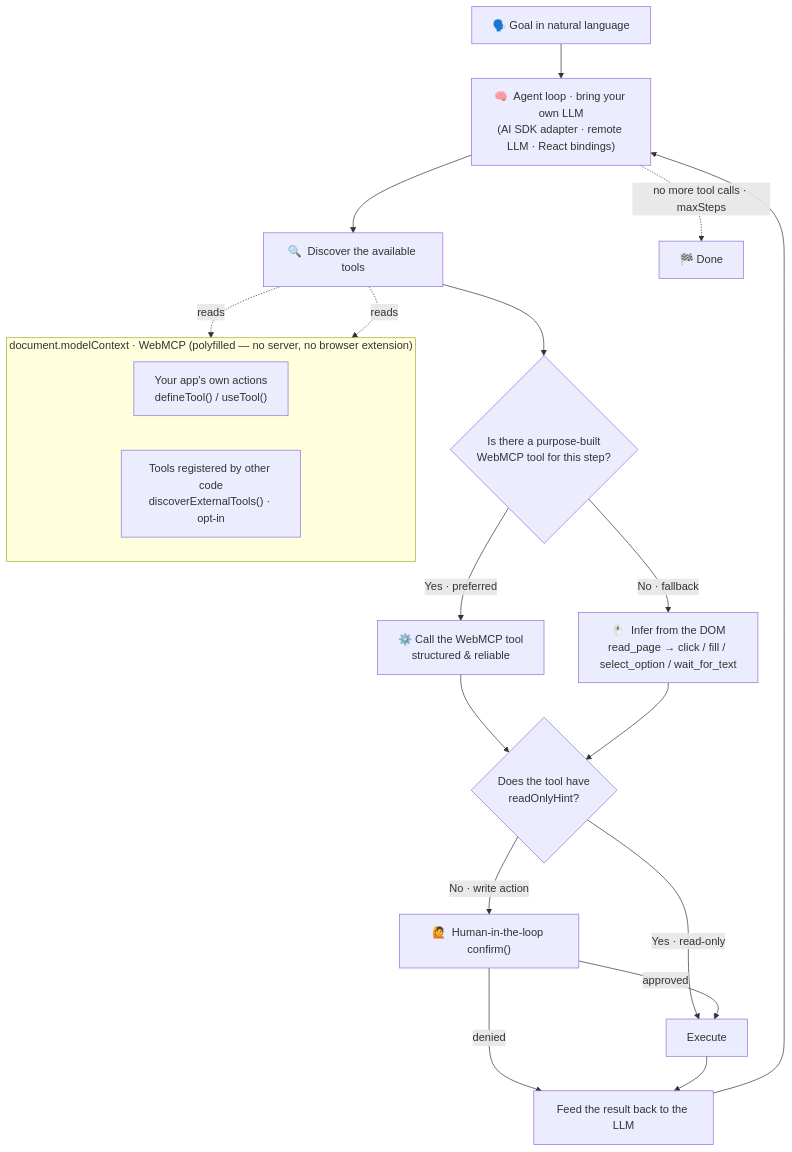
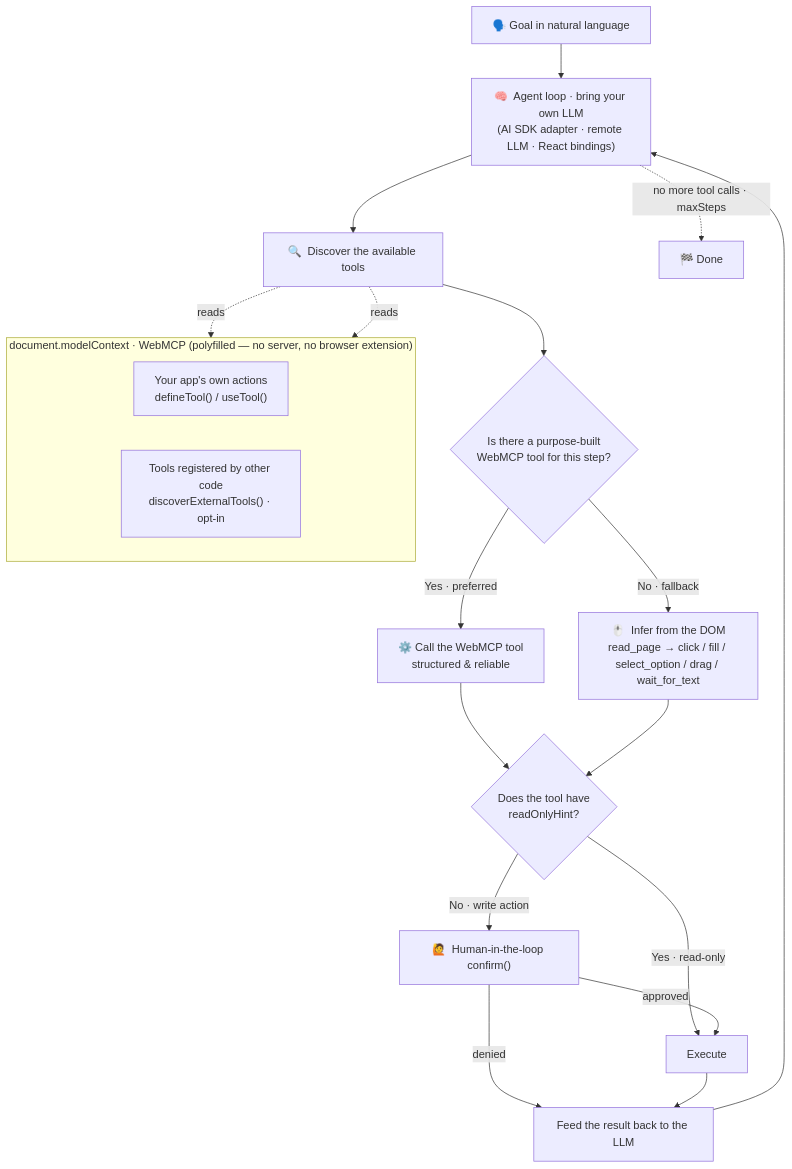
The diagram in README.md (aralroca/gui-agent), drawn with Mermaid before and after one commit. The commit also changed other lines of this file and 15 other files, not shown here.

````diff
--- a/README.md
+++ b/README.md
@@ -107,25 +107,25 @@
 ```mermaid
 flowchart TD
     Goal["🗣️  Goal in natural language"] --> Loop["🧠  Agent loop · bring your own LLM<br/>(AI SDK adapter · remote LLM · React bindings)"]
     Loop --> Discover["🔍  Discover the available tools"]
     Discover --> Decide{"Is there a purpose-built<br/>WebMCP tool for this step?"}
     Decide -- "Yes · preferred" --> WebMCP["⚙️  Call the WebMCP tool<br/>structured &amp; reliable"]
-    Decide -- "No · fallback" --> DOM["🖱️  Infer from the DOM<br/>read_page → click / fill / select_option / wait_for_text"]
+    Decide -- "No · fallback" --> DOM["🖱️  Infer from the DOM<br/>read_page → click / fill / select_option / drag / wait_for_text"]
     WebMCP --> Gate{"Does the tool have<br/>readOnlyHint?"}
     DOM --> Gate
     Gate -- "No · write action" --> Confirm["🙋  Human-in-the-loop confirm()"]
     Gate -- "Yes · read-only" --> Run["Execute"]
     Confirm -- "approved" --> Run
     Confirm -- "denied" --> Feed
     Run --> Feed["Feed the result back to the LLM"]
     Feed --> Loop
     Loop -. "no more tool calls · maxSteps" .-> Done["🏁  Done"]
 
     subgraph MC["document.modelContext · WebMCP (polyfilled — no server, no browser extension)"]
       direction LR
       App["Your app's own actions<br/>defineTool() / useTool()"]
       Ext["Tools registered by other code<br/>discoverExternalTools() · opt-in"]
     end
     Discover -. reads .-> App
     Discover -. reads .-> Ext
 ```
````
